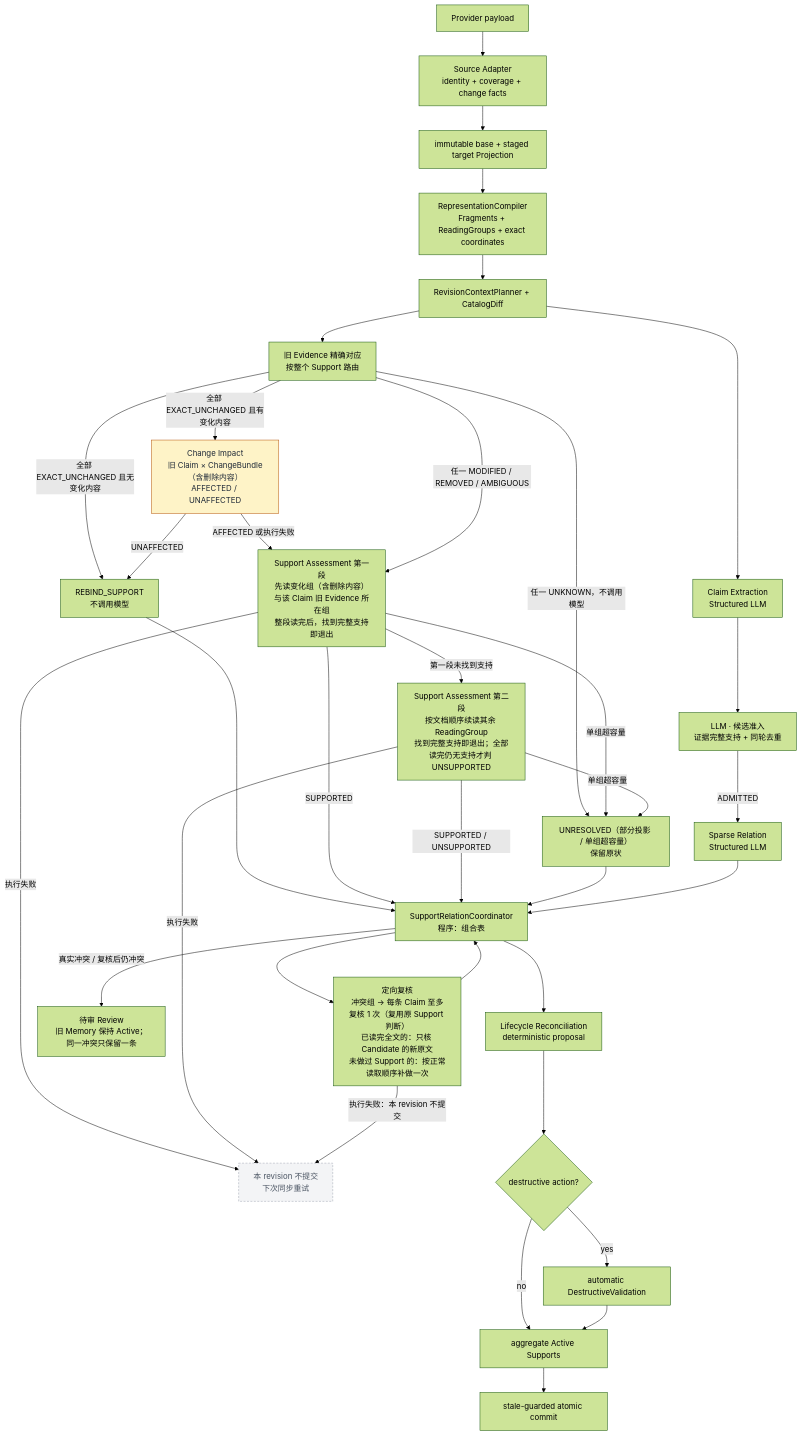
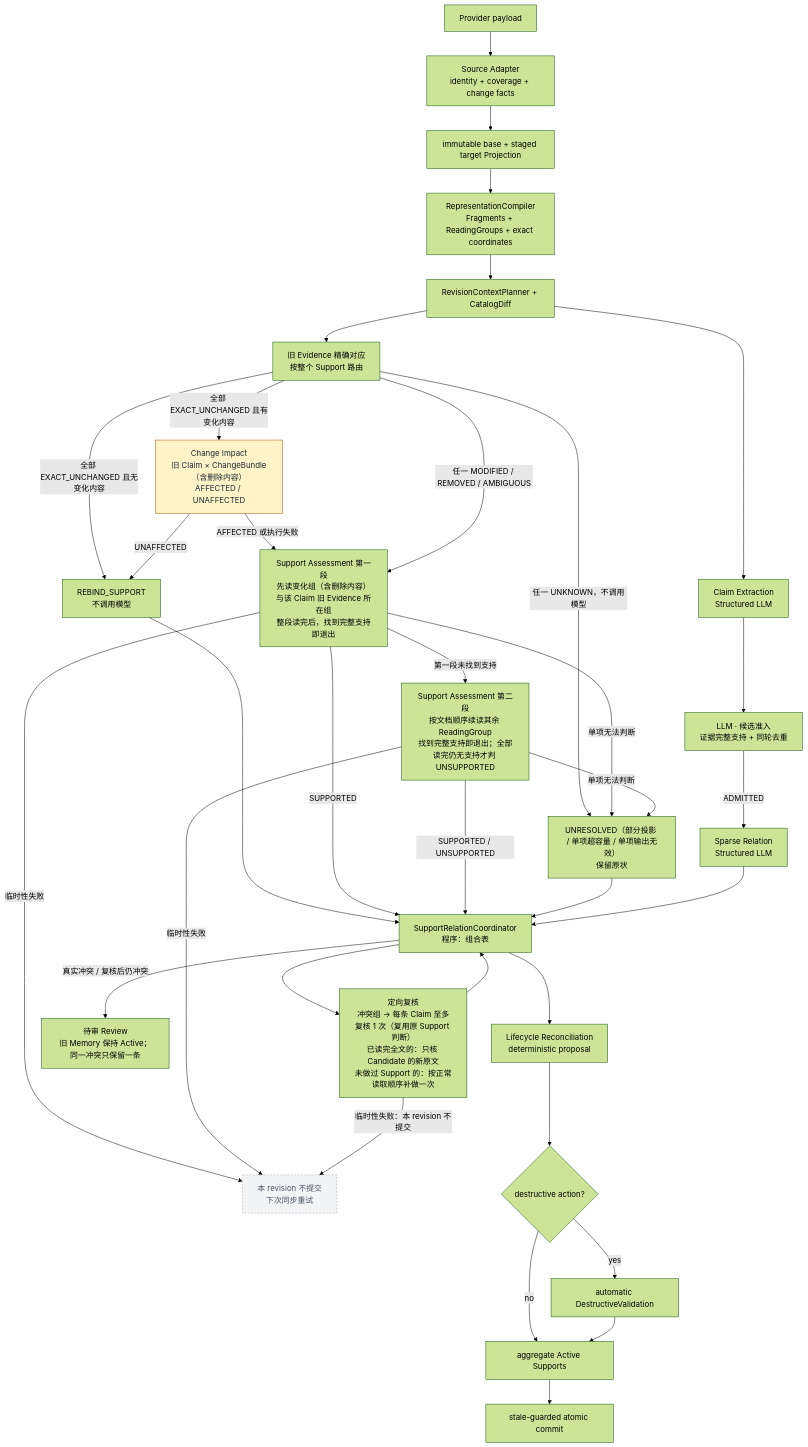
Before and after one commit to shno-labs/mem-forge: the first of 2 diagrams in docs/design/source-sync-to-memory.md, drawn with Mermaid (forest theme). The commit also changed other lines of this file and 38 other files, not shown here.

````diff
--- a/docs/design/source-sync-to-memory.md
+++ b/docs/design/source-sync-to-memory.md
@@ -31,62 +31,62 @@
 ```mermaid
 flowchart TD
     A[Provider payload] --> B[Source Adapter
 identity + coverage + change facts]
     B --> C[immutable base + staged target Projection]
     C --> R[RepresentationCompiler
 Fragments + ReadingGroups + exact coordinates]
     R --> D[RevisionContextPlanner + CatalogDiff]
     D --> E[Claim Extraction
 Structured LLM]
     E --> G[LLM · 候选准入
 证据完整支持 + 同轮去重]
     G -->|ADMITTED| H[Sparse Relation
 Structured LLM]
     D --> P[旧 Evidence 精确对应
 按整个 Support 路由]
     P -->|全部 EXACT_UNCHANGED 且无变化内容| RB[REBIND_SUPPORT
 不调用模型]
     P -->|全部 EXACT_UNCHANGED 且有变化内容| Y[Change Impact
 旧 Claim × ChangeBundle（含删除内容）
 AFFECTED / UNAFFECTED]
     Y -->|UNAFFECTED| RB
     Y -->|AFFECTED 或执行失败| F1[Support Assessment 第一段
 先读变化组（含删除内容）与该 Claim 旧 Evidence 所在组
 整段读完后，找到完整支持即退出]
     P -->|任一 MODIFIED / REMOVED / AMBIGUOUS| F1
     F1 -->|第一段未找到支持| F2[Support Assessment 第二段
 按文档顺序续读其余 ReadingGroup
 找到完整支持即退出；全部读完仍无支持才判 UNSUPPORTED]
-    P -->|任一 UNKNOWN，不调用模型| U[UNRESOLVED（部分投影 / 单组超容量）
+    P -->|任一 UNKNOWN，不调用模型| U[UNRESOLVED（部分投影 / 单项超容量 / 单项输出无效）
 保留原状]
-    F1 -->|单组超容量| U
-    F2 -->|单组超容量| U
-    F1 -->|执行失败| XF[本 revision 不提交
+    F1 -->|单项无法判断| U
+    F2 -->|单项无法判断| U
+    F1 -->|临时性失败| XF[本 revision 不提交
 下次同步重试]
-    F2 -->|执行失败| XF
+    F2 -->|临时性失败| XF
     RB --> CO[SupportRelationCoordinator
 程序：组合表]
     F1 -->|SUPPORTED| CO
     F2 -->|SUPPORTED / UNSUPPORTED| CO
     U --> CO
     H --> CO
     CO --> RC[定向复核
 冲突组 → 每条 Claim 至多复核 1 次（复用原 Support 判断）
 已读完全文的：只核 Candidate 的新原文
 未做过 Support 的：按正常读取顺序补做一次]
     RC --> CO
-    RC -->|执行失败：本 revision 不提交| XF
+    RC -->|临时性失败：本 revision 不提交| XF
     CO -->|真实冲突 / 复核后仍冲突| RV[待审 Review
 旧 Memory 保持 Active；同一冲突只保留一条]
     CO --> I[Lifecycle Reconciliation
 deterministic proposal]
     I --> J{destructive action?}
     J -- no --> L[aggregate Active Supports]
     J -- yes --> K[automatic DestructiveValidation]
     K --> L
     L --> M[stale-guarded atomic commit]
     classDef classifier fill:#fef3c7,stroke:#b45309,color:#1f2937
     class Y classifier
     classDef failnote fill:#f3f4f6,stroke:#9ca3af,stroke-dasharray:4 3,color:#4b5563
     class XF failnote
 ```
````
